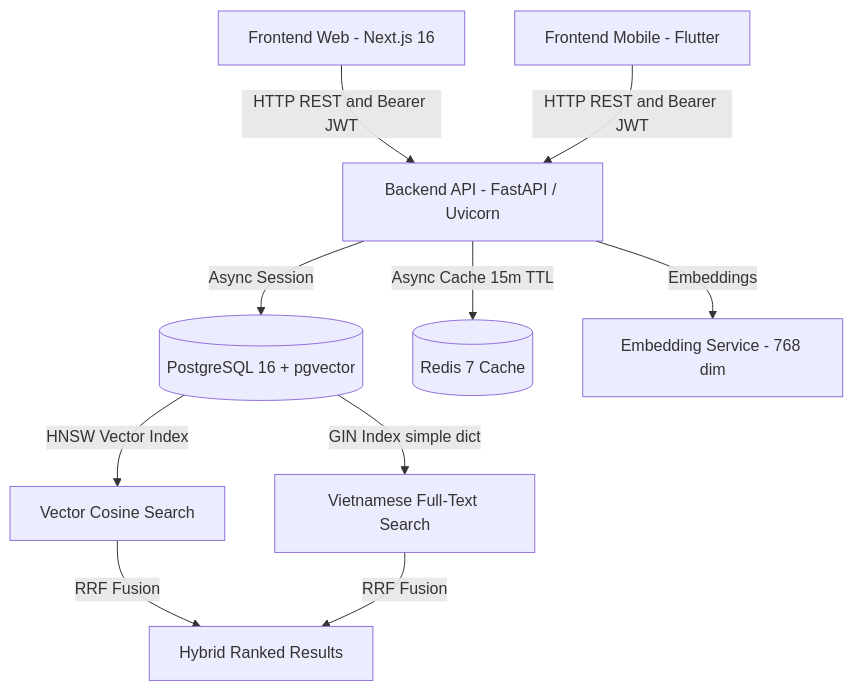
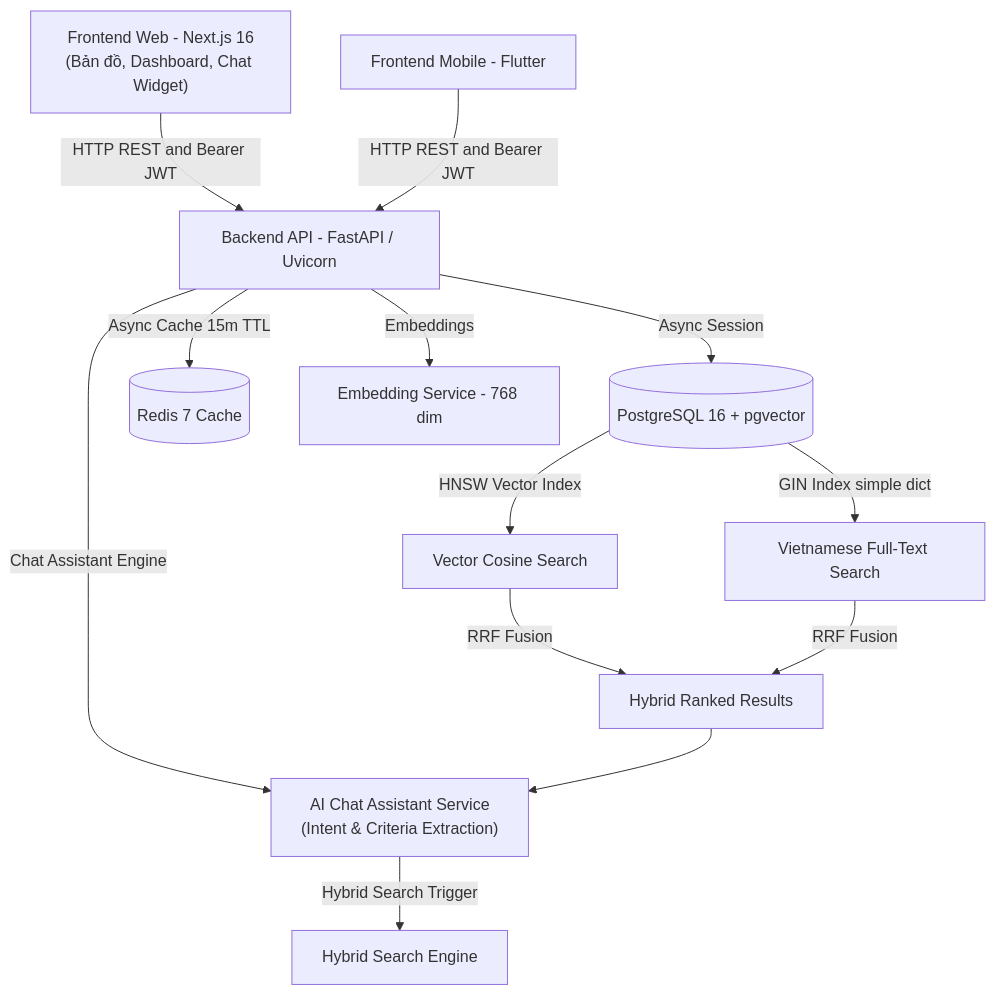
One commit to hellendaothanh/Space247 changed the diagram in README.md. Above: the diagram before and after it, drawn with Mermaid. The commit also changed other lines of this file and 2 other files, not shown here.

Commit message:
docs: update system overview and add architecture documentation for the AI chat assistant

````diff
--- a/README.md
+++ b/README.md
@@ -9,12 +9,15 @@
 ```mermaid
 graph TD
-    ClientWeb["Frontend Web - Next.js 16"] -->|HTTP REST and Bearer JWT| API["Backend API - FastAPI / Uvicorn"]
+    ClientWeb["Frontend Web - Next.js 16<br/>(Bản đồ, Dashboard, Chat Widget)"] -->|HTTP REST and Bearer JWT| API["Backend API - FastAPI / Uvicorn"]
     ClientMobile["Frontend Mobile - Flutter"] -->|HTTP REST and Bearer JWT| API
+    API -->|Chat Assistant Engine| Assistant["AI Chat Assistant Service<br/>(Intent & Criteria Extraction)"]
+    Assistant -->|Hybrid Search Trigger| HybridEngine["Hybrid Search Engine"]
     API -->|Async Session| DB[("PostgreSQL 16 + pgvector")]
     API -->|Async Cache 15m TTL| Redis[("Redis 7 Cache")]
     API -->|Embeddings| FastEmbed["Embedding Service - 768 dim"]
     DB -->|HNSW Vector Index| VectorSearch["Vector Cosine Search"]
     DB -->|GIN Index simple dict| FTS["Vietnamese Full-Text Search"]
     VectorSearch -->|RRF Fusion| HybridResults["Hybrid Ranked Results"]
     FTS -->|RRF Fusion| HybridResults
+    HybridResults --> Assistant
 ```
````
